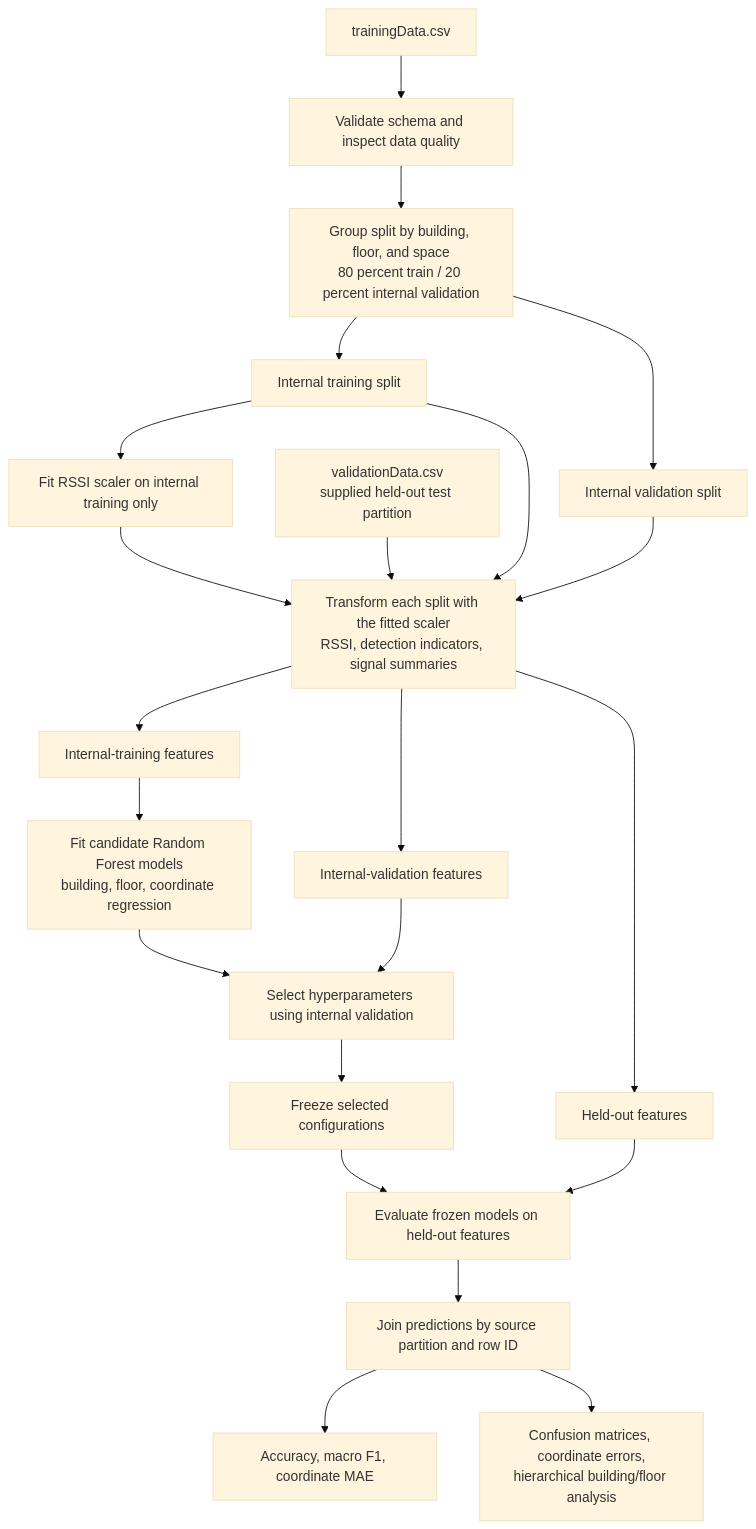
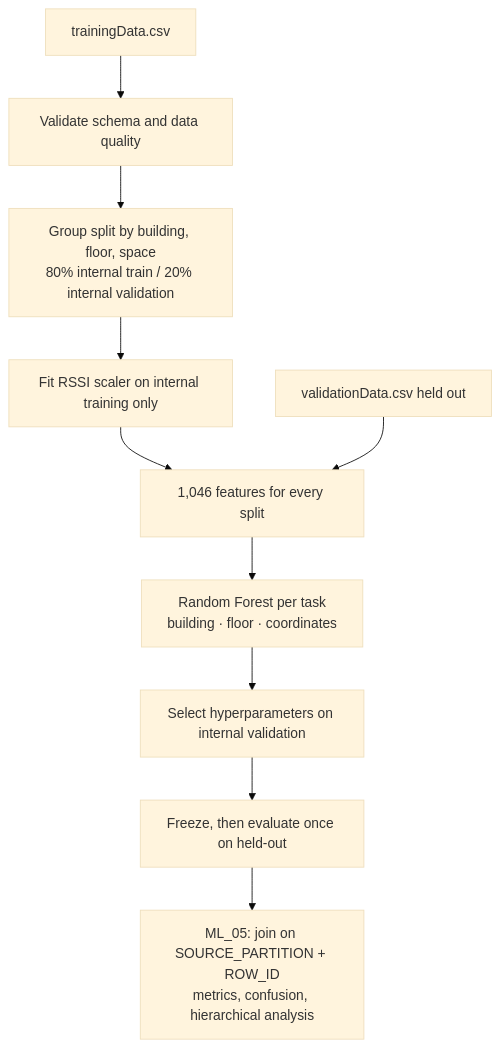
One commit to krishiv274/Signal2Space changed the second of 3 diagrams in README.md. Above: the diagram before and after it, drawn with Mermaid (base theme). The commit also changed other lines of this file and 1 other file, not shown here.

````diff
--- a/README.md
+++ b/README.md
@@ -64,24 +65,12 @@
 ```mermaid
 flowchart TD
-    A[trainingData.csv] --> B[Validate schema and inspect data quality]
-    B --> C[Group split by building, floor, and space<br/>80 percent train / 20 percent internal validation]
-    C --> D[Internal training split]
-    C --> E[Internal validation split]
-    F[validationData.csv<br/>supplied held-out test partition] --> I[Transform each split with the fitted scaler<br/>RSSI, detection indicators, signal summaries]
-    D --> G[Fit RSSI scaler on internal training only]
-    D --> I
-    E --> I
-    G --> I
-    I --> J[Internal-training features]
-    I --> K[Internal-validation features]
-    I --> L[Held-out features]
-    J --> M[Fit candidate Random Forest models<br/>building, floor, coordinate regression]
-    M --> N[Select hyperparameters using internal validation]
-    K --> N
-    N --> O[Freeze selected configurations]
-    O --> P[Evaluate frozen models on held-out features]
-    L --> P
-    P --> Q[Join predictions by source partition and row ID]
-    Q --> R[Accuracy, macro F1, coordinate MAE]
-    Q --> S[Confusion matrices, coordinate errors,<br/>hierarchical building/floor analysis]
+    A[trainingData.csv] --> B[Validate schema and data quality]
+    B --> C[Group split by building, floor, space<br/>80% internal train / 20% internal validation]
+    C --> D[Fit RSSI scaler on internal training only]
+    D --> E[1,046 features for every split]
+    F[validationData.csv held out] --> E
+    E --> G[Random Forest per task<br/>building · floor · coordinates]
+    G --> H[Select hyperparameters on internal validation]
+    H --> I[Freeze, then evaluate once on held-out]
+    I --> J[ML_05: join on SOURCE_PARTITION + ROW_ID<br/>metrics, confusion, hierarchical analysis]
 ```
````
